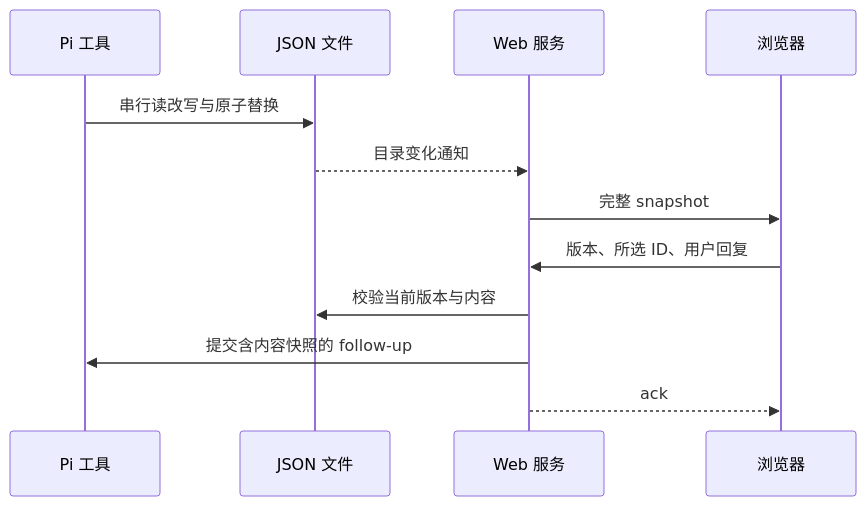
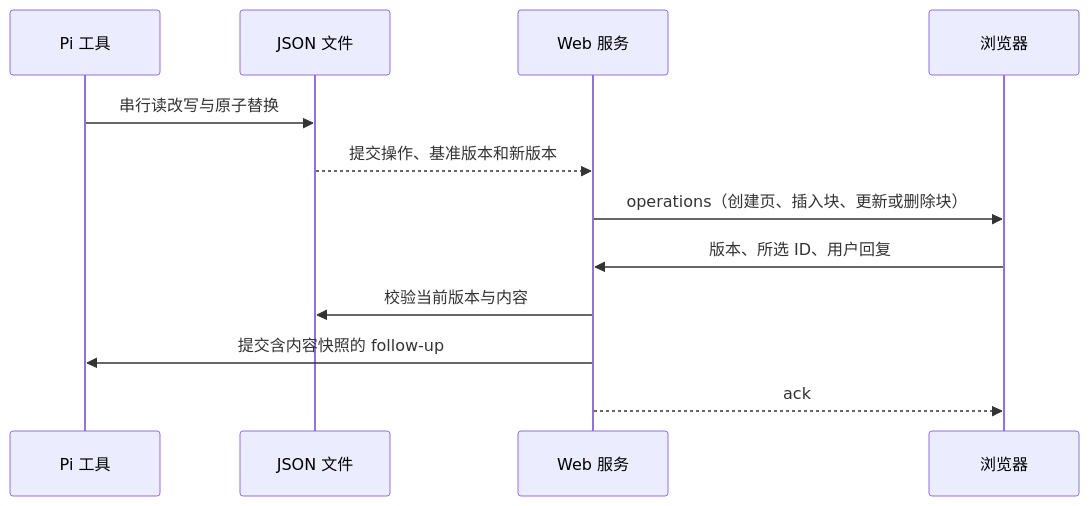
Before and after one commit to aqua2k1/pi-kits: the second of 2 diagrams in extensions/canvas-note/docs/architecture.md, drawn with Mermaid. The commit also changed other lines of this file and 18 other files, not shown here.

````diff
--- a/extensions/canvas-note/docs/architecture.md
+++ b/extensions/canvas-note/docs/architecture.md
@@ -35,14 +38,14 @@
 ```mermaid
 sequenceDiagram
   participant Pi as Pi 工具
   participant JSON as JSON 文件
   participant Server as Web 服务
   participant Browser as 浏览器
   Pi->>JSON: 串行读改写与原子替换
-  JSON-->>Server: 目录变化通知
-  Server->>Browser: 完整 snapshot
+  JSON-->>Server: 提交操作、基准版本和新版本
+  Server->>Browser: operations（创建页、插入块、更新或删除块）
   Browser->>Server: 版本、所选 ID、用户回复
   Server->>JSON: 校验当前版本与内容
   Server->>Pi: 提交含内容快照的 follow-up
   Server-->>Browser: ack
 ```
````
